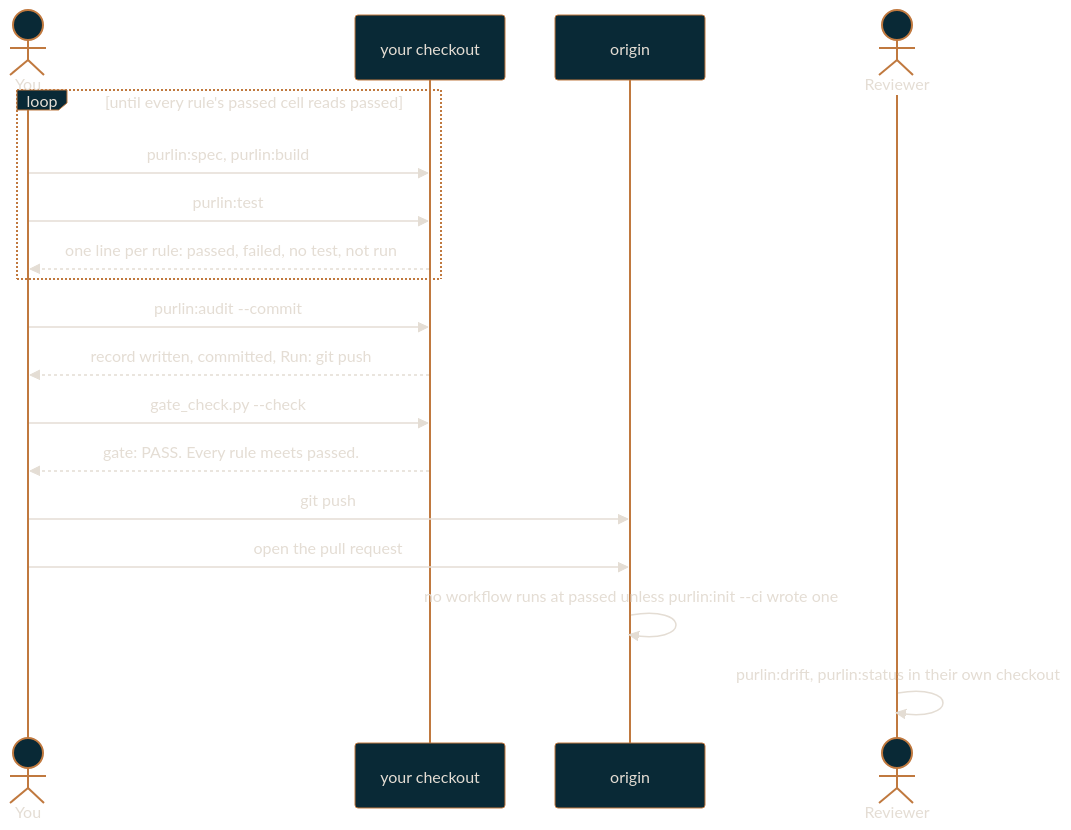
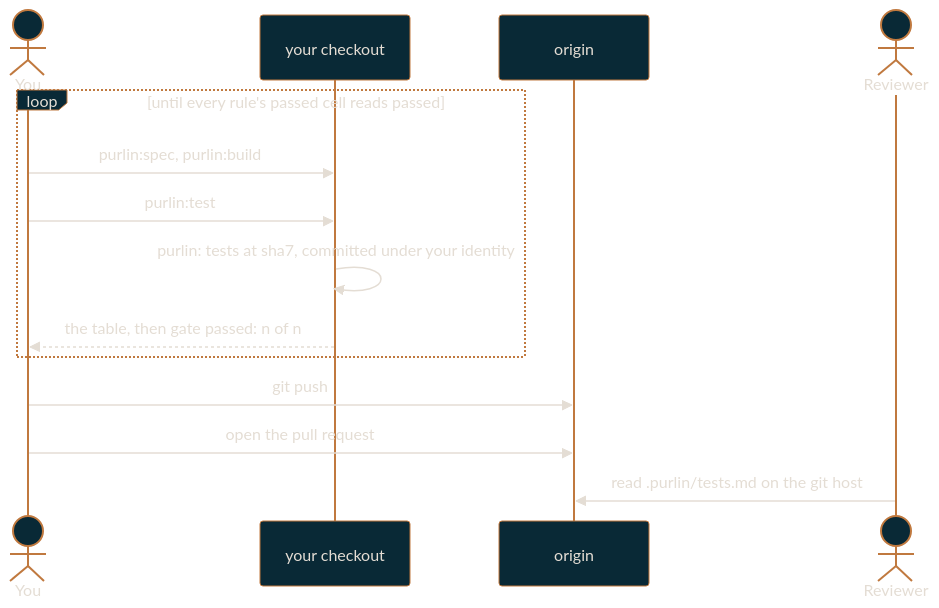
Before and after one commit to rlabarca/purlin: the diagram in docs/solo-workflow.md, drawn with Mermaid. The commit also changed other lines of this file and 9 other files, not shown here.

First line of the commit message:
docs: the passed workflow is spec, build, test

````diff
--- a/docs/solo-workflow.md
+++ b/docs/solo-workflow.md
@@ -15,21 +15,17 @@
 ```mermaid
 %%{init: {"theme": "base", "themeVariables": {"background": "#0C3444", "primaryColor": "#092936", "primaryTextColor": "#E4DDD4", "primaryBorderColor": "#C0793F", "lineColor": "#C0793F", "secondaryColor": "#0C3444", "tertiaryColor": "#092936", "fontFamily": "Arial", "textColor": "#E4DDD4"}}}%%
 sequenceDiagram
     actor You
     participant Tree as your checkout
     participant Origin as origin
     actor Reviewer
     loop until every rule's passed cell reads passed
         You->>Tree: purlin:spec, purlin:build
         You->>Tree: purlin:test
-        Tree-->>You: one line per rule: passed, failed, no test, not run
+        Tree->>Tree: purlin: tests at sha7, committed under your identity
+        Tree-->>You: the table, then gate passed: n of n
     end
-    You->>Tree: purlin:audit --commit
-    Tree-->>You: record written, committed, Run: git push
-    You->>Tree: gate_check.py --check
-    Tree-->>You: gate: PASS. Every rule meets passed.
     You->>Origin: git push
     You->>Origin: open the pull request
-    Origin->>Origin: no workflow runs at passed unless purlin:init --ci wrote one
-    Reviewer->>Reviewer: purlin:drift, purlin:status in their own checkout
+    Reviewer->>Origin: read .purlin/tests.md on the git host
 ```
````
